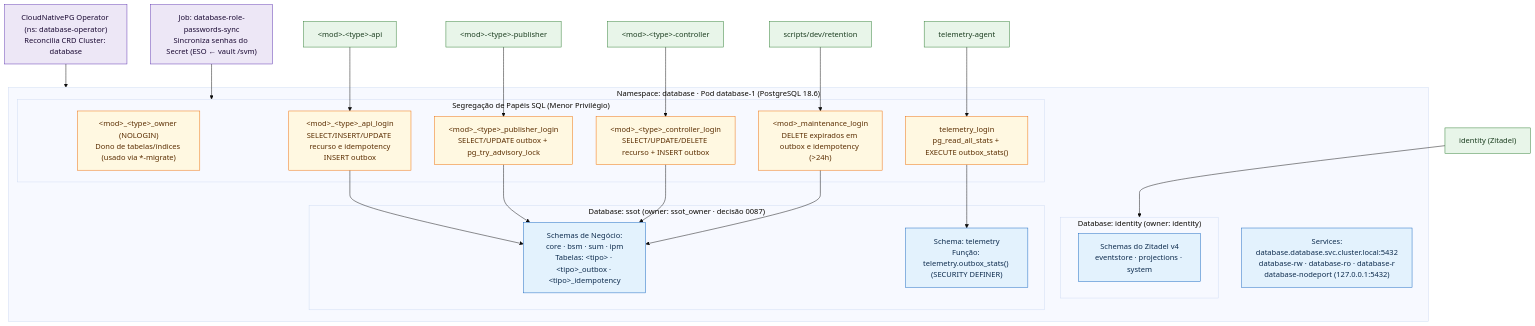
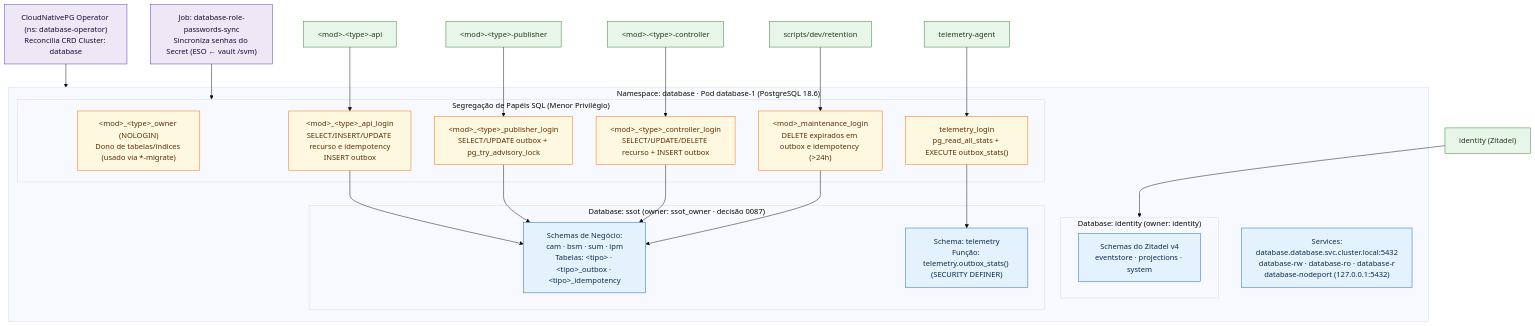
The diagram in docs/infrastructure/k8s/diagrams/04-database-cnpg-roles.mmd (danielsabatini/smarkee), drawn with Mermaid (base theme) before and after one commit. The commit also changed 44 other files, not shown here.

```diff
--- a/docs/infrastructure/k8s/diagrams/04-database-cnpg-roles.mmd
+++ b/docs/infrastructure/k8s/diagrams/04-database-cnpg-roles.mmd
@@ -1,46 +1,46 @@
 flowchart TB
     classDef cnpg fill:#ede7f6,stroke:#5e35b1,color:#1a0933
     classDef db fill:#e3f2fd,stroke:#1565c0,color:#0d2b4d
     classDef role fill:#fff8e1,stroke:#ef6c00,color:#5a2d00
     classDef app fill:#e8f5e9,stroke:#2e7d32,color:#1b3d1f
 
     CNPG["CloudNativePG Operator (ns: database-operator)<br/>Reconcilia CRD Cluster: database"]:::cnpg
     SYNC["Job: database-role-passwords-sync<br/>Sincroniza senhas do Secret (ESO ← vault /svm)"]:::cnpg
 
     subgraph NS_DB["Namespace: database · Pod database-1 (PostgreSQL 18.6)"]
         SVC_DB["Services:<br/>database.database.svc.cluster.local:5432<br/>database-rw · database-ro · database-r<br/>database-nodeport (127.0.0.1:5432)"]:::db
 
         subgraph DB_IDENTITY["Database: identity (owner: identity)"]
             ZIT_TABLES["Schemas do Zitadel v4<br/>eventstore · projections · system"]:::db
         end
 
         subgraph DB_SSOT["Database: ssot (owner: ssot_owner · decisão 0087)"]
-            SCHEMAS["Schemas de Negócio:<br/>core · bsm · sum · ipm<br/>Tabelas: &lt;tipo&gt; · &lt;tipo&gt;_outbox · &lt;tipo&gt;_idempotency"]:::db
+            SCHEMAS["Schemas de Negócio:<br/>cam · bsm · sum · ipm<br/>Tabelas: &lt;tipo&gt; · &lt;tipo&gt;_outbox · &lt;tipo&gt;_idempotency"]:::db
             SCH_TEL["Schema: telemetry<br/>Função: telemetry.outbox_stats() (SECURITY DEFINER)"]:::db
         end
 
         subgraph ROLES["Segregação de Papéis SQL (Menor Privilégio)"]
             R_OWNER["&lt;mod&gt;_&lt;type&gt;_owner (NOLOGIN)<br/>Dono de tabelas/índices (usado via *-migrate)"]:::role
             R_API["&lt;mod&gt;_&lt;type&gt;_api_login<br/>SELECT/INSERT/UPDATE recurso e idempotency<br/>INSERT outbox"]:::role
             R_PUB["&lt;mod&gt;_&lt;type&gt;_publisher_login<br/>SELECT/UPDATE outbox + pg_try_advisory_lock"]:::role
             R_CTRL["&lt;mod&gt;_&lt;type&gt;_controller_login<br/>SELECT/UPDATE/DELETE recurso + INSERT outbox"]:::role
             R_MAINT["&lt;mod&gt;_maintenance_login<br/>DELETE expirados em outbox e idempotency (>24h)"]:::role
             R_TEL["telemetry_login<br/>pg_read_all_stats + EXECUTE outbox_stats()"]:::role
         end
     end
 
     IDP["identity (Zitadel)"]:::app
     FEAT_API["&lt;mod&gt;-&lt;type&gt;-api"]:::app
     FEAT_PUB["&lt;mod&gt;-&lt;type&gt;-publisher"]:::app
     FEAT_CTRL["&lt;mod&gt;-&lt;type&gt;-controller"]:::app
     MAINT["scripts/dev/retention"]:::app
     TAGENT["telemetry-agent"]:::app
 
     CNPG --> NS_DB
     SYNC --> ROLES
     IDP --> DB_IDENTITY
     FEAT_API --> R_API --> SCHEMAS
     FEAT_PUB --> R_PUB --> SCHEMAS
     FEAT_CTRL --> R_CTRL --> SCHEMAS
     MAINT --> R_MAINT --> SCHEMAS
     TAGENT --> R_TEL --> SCH_TEL
```
